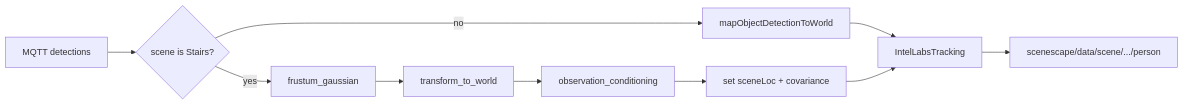
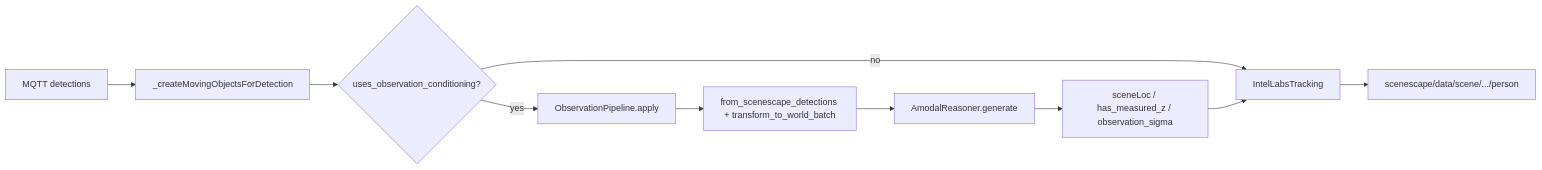
Before and after one commit to tdorauintc/scenescape: the diagram in .github/plans/plan-v2-phase1-observation-pipeline.md, drawn with Mermaid. The commit also changed other lines of this file, not shown here.

First line of the commit message:
docs(plans): record Phase 1 observation pipeline as-built details

````diff
--- a/.github/plans/plan-v2-phase1-observation-pipeline.md
+++ b/.github/plans/plan-v2-phase1-observation-pipeline.md
@@ -47,12 +38,12 @@
 ```mermaid
 flowchart LR
-  det[MQTT detections] --> gate{scene is Stairs?}
-  gate -->|no| legacy[mapObjectDetectionToWorld]
-  gate -->|yes| fg[frustum_gaussian]
-  fg --> world[transform_to_world]
-  world --> oce[observation_conditioning]
-  oce --> pt[set sceneLoc + covariance]
-  legacy --> track[IntelLabsTracking]
-  pt --> track
+  det[MQTT detections] --> create[_createMovingObjectsForDetection]
+  create --> gate{uses_observation_conditioning?}
+  gate -->|no| track[IntelLabsTracking]
+  gate -->|yes| pipe[ObservationPipeline.apply]
+  pipe --> fg[from_scenescape_detections + transform_to_world_batch]
+  fg --> oce[AmodalReasoner.generate]
+  oce --> set[sceneLoc / has_measured_z / observation_sigma]
+  set --> track
   track --> mqtt[scenescape/data/scene/.../person]
 ```
````
